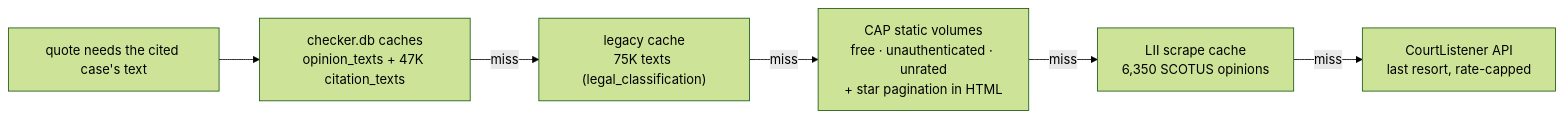
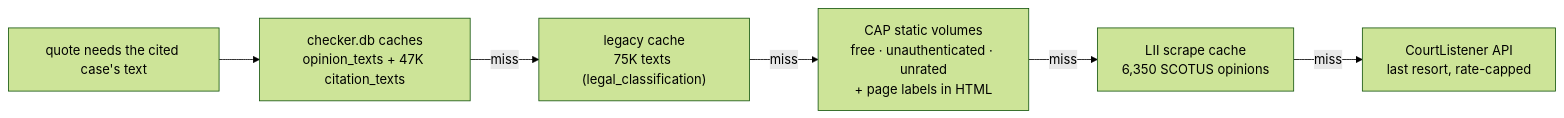
The third of 4 diagrams in docs/DESIGN.md (hardy30894/citation-under-pressure), drawn with Mermaid (forest theme) before and after one commit. The commit also changed other lines of this file and 11 other files, not shown here.

````diff
--- a/docs/DESIGN.md
+++ b/docs/DESIGN.md
@@ -89,8 +89,8 @@
 ```mermaid
 flowchart LR
     Q["quote needs the cited case's text"] --> T1["checker.db caches<br/>opinion_texts + 47K citation_texts"]
     T1 -->|miss| T2["legacy cache<br/>75K texts (legal_classification)"]
-    T2 -->|miss| T3["CAP static volumes<br/>free · unauthenticated · unrated<br/>+ star pagination in HTML"]
+    T2 -->|miss| T3["CAP static volumes<br/>free · unauthenticated · unrated<br/>+ page labels in HTML"]
     T3 -->|miss| T4["LII scrape cache<br/>6,350 SCOTUS opinions"]
     T4 -->|miss| T5["CourtListener API<br/>last resort, rate-capped"]
 ```
````
